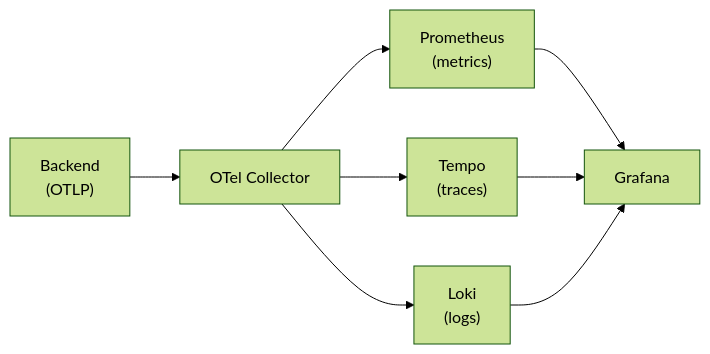
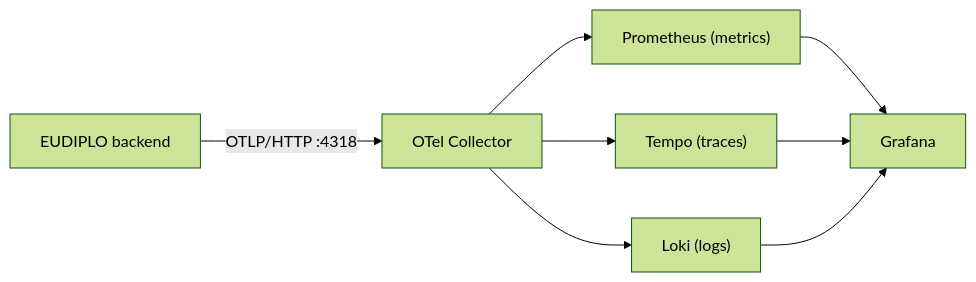
One commit to EUDIPLO/eudiplo changed the diagram in apps/docs/docs/operate/monitoring.md. Above: the diagram before and after it, drawn with Mermaid (forest theme). The commit also changed other lines of this file and 30 other files, not shown here.

````diff
--- a/apps/docs/docs/operate/monitoring.md
+++ b/apps/docs/docs/operate/monitoring.md
@@ -13,10 +12,10 @@
 ```mermaid
 flowchart LR
-    Backend["Backend<br/>(OTLP)"] --> Collector["OTel Collector"]
-    Collector --> Prometheus["Prometheus<br/>(metrics)"]
-    Collector --> Tempo["Tempo<br/>(traces)"]
-    Collector --> Loki["Loki<br/>(logs)"]
+    Backend["EUDIPLO backend"] -- "OTLP/HTTP :4318" --> Collector["OTel Collector"]
+    Collector --> Prometheus["Prometheus (metrics)"]
+    Collector --> Tempo["Tempo (traces)"]
+    Collector --> Loki["Loki (logs)"]
     Prometheus --> Grafana
     Tempo --> Grafana
     Loki --> Grafana
 ```
````
